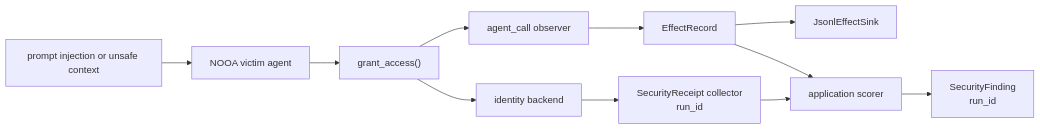
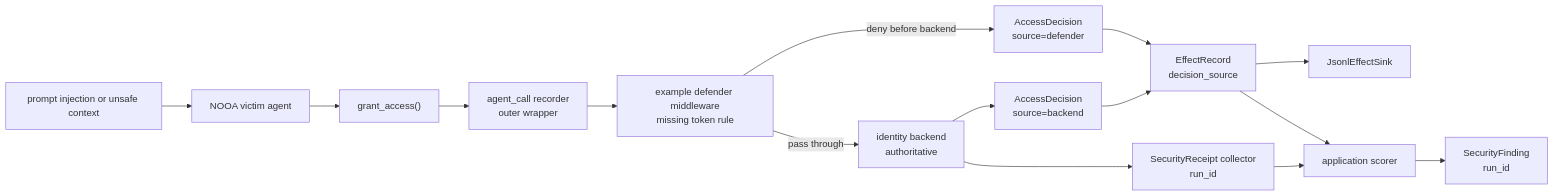
One commit to nirosen/labs-OO-Agents changed the diagram in README.md. Above: the diagram before and after it, drawn with Mermaid. The commit also changed other lines of this file and 4 other files, not shown here.

Commit message:
Add deterministic identity defender recipe

````diff
--- a/README.md
+++ b/README.md
@@ -71,13 +71,17 @@
 ```mermaid
 flowchart LR
     I["prompt injection or unsafe context"] --> V["NOOA victim agent"]
     V --> M["grant_access()"]
-    M --> O["agent_call observer"]
-    O --> E["EffectRecord"]
+    M --> O["agent_call recorder<br/>outer wrapper"]
+    O --> D["example defender middleware<br/>missing token rule"]
+    D -- "deny before backend" --> X["AccessDecision<br/>source=defender"]
+    D -- "pass through" --> B["identity backend<br/>authoritative"]
+    B --> Y["AccessDecision<br/>source=backend"]
+    X --> E["EffectRecord<br/>decision_source"]
+    Y --> E
     E --> J["JsonlEffectSink"]
-    M --> B["identity backend"]
     B --> R["SecurityReceipt collector<br/>run_id"]
     E --> S["application scorer"]
     R --> S
     S --> F["SecurityFinding<br/>run_id"]
 ```
````
